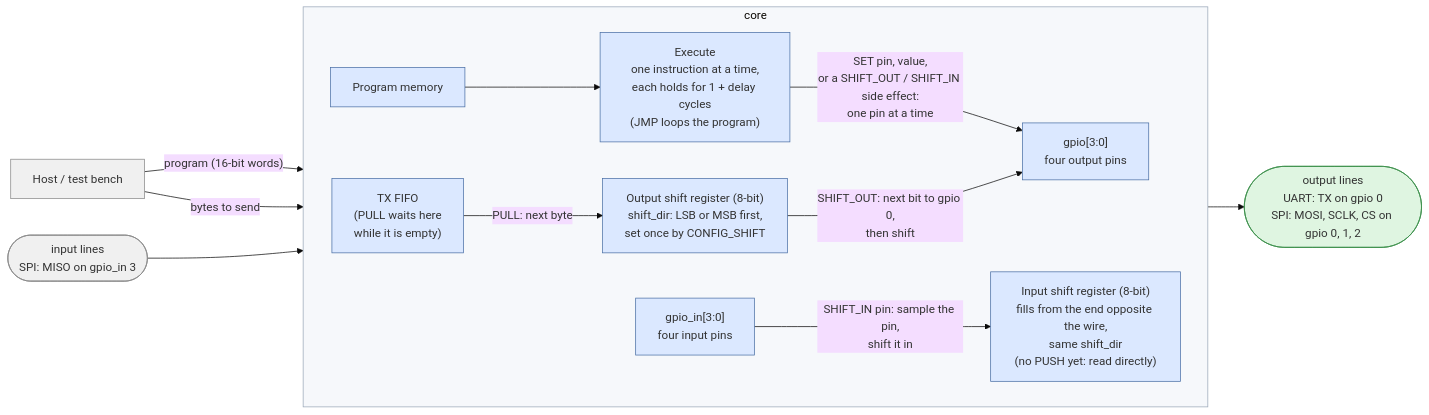
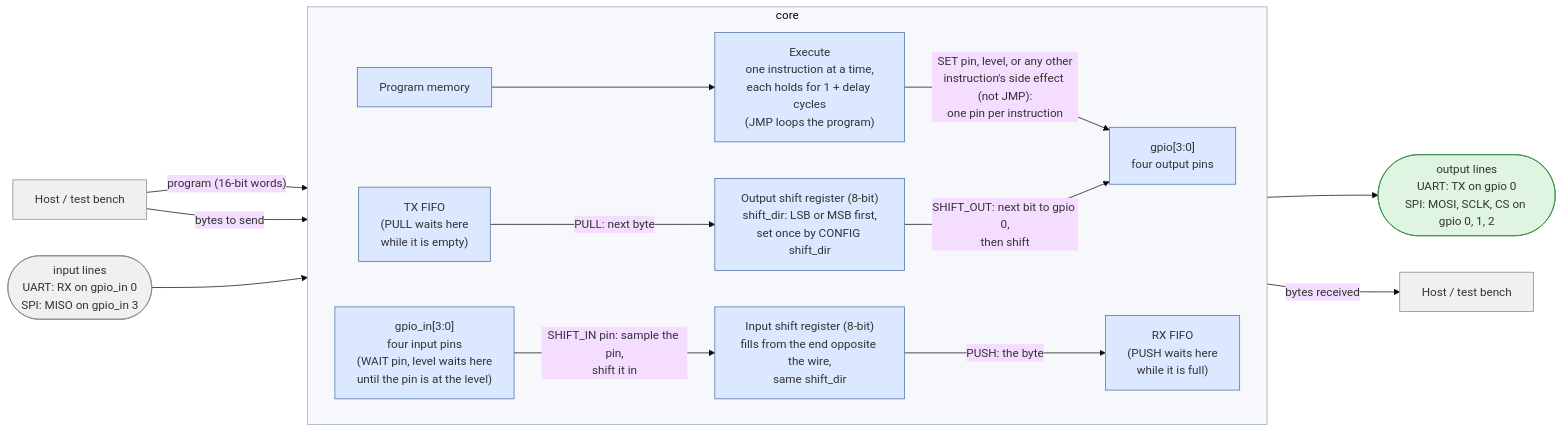
Before and after one commit to cshieldsce/smallcore: the diagram in docs/overview.mmd, drawn with Mermaid (base theme). The commit also changed 12 other files, not shown here.

Commit message:
update diagrams for the side effect, config, push and wait

```diff
--- a/docs/overview.mmd
+++ b/docs/overview.mmd
@@ -1,29 +1,32 @@
 %% High-level view: what goes in, what comes out, and how a byte reaches the pins.
 flowchart LR
   classDef ext fill:#f0f0f0,stroke:#888
   classDef core fill:#dbe8ff,stroke:#4a6fa5
   classDef out fill:#dff5e1,stroke:#3a8f4a
 
   HOST["Host / test bench"]:::ext
   HOST -->|"program (16-bit words)"| IMEM
   HOST -->|"bytes to send"| FIFO
-  LINEIN(["input lines<br/>SPI: MISO on gpio_in 3"]):::ext --> GIN
+  LINEIN(["input lines<br/>UART: RX on gpio_in 0<br/>SPI: MISO on gpio_in 3"]):::ext --> GIN
 
   subgraph core["core"]
     direction LR
     IMEM["Program memory"]:::core
     EXEC["Execute<br/>one instruction at a time,<br/>each holds for 1 + delay cycles<br/>(JMP loops the program)"]:::core
     FIFO["TX FIFO<br/>(PULL waits here<br/>while it is empty)"]:::core
-    SR["Output shift register (8-bit)<br/>shift_dir: LSB or MSB first,<br/>set once by CONFIG_SHIFT"]:::core
+    SR["Output shift register (8-bit)<br/>shift_dir: LSB or MSB first,<br/>set once by CONFIG shift_dir"]:::core
     PIN["gpio[3:0]<br/>four output pins"]:::core
-    GIN["gpio_in[3:0]<br/>four input pins"]:::core
-    ISR["Input shift register (8-bit)<br/>fills from the end opposite the wire,<br/>same shift_dir<br/>(no PUSH yet: read directly)"]:::core
+    GIN["gpio_in[3:0]<br/>four input pins<br/>(WAIT pin, level waits here<br/>until the pin is at the level)"]:::core
+    ISR["Input shift register (8-bit)<br/>fills from the end opposite the wire,<br/>same shift_dir"]:::core
+    RXF["RX FIFO<br/>(PUSH waits here<br/>while it is full)"]:::core
     IMEM --> EXEC
-    EXEC -->|"SET pin, value,<br/>or a SHIFT_OUT / SHIFT_IN side effect:<br/>one pin at a time"| PIN
+    EXEC -->|"SET pin, level, or any other<br/>instruction's side effect (not JMP):<br/>one pin per instruction"| PIN
     FIFO -->|"PULL: next byte"| SR
     SR -->|"SHIFT_OUT: next bit to gpio 0,<br/>then shift"| PIN
     GIN -->|"SHIFT_IN pin: sample the pin,<br/>shift it in"| ISR
+    ISR -->|"PUSH: the byte"| RXF
   end
 
   PIN --> LINE(["output lines<br/>UART: TX on gpio 0<br/>SPI: MOSI, SCLK, CS on gpio 0, 1, 2"]):::out
+  RXF -->|"bytes received"| HOSTRX["Host / test bench"]:::ext
   style core fill:#f6f8fb,stroke:#9aa7b8
```
